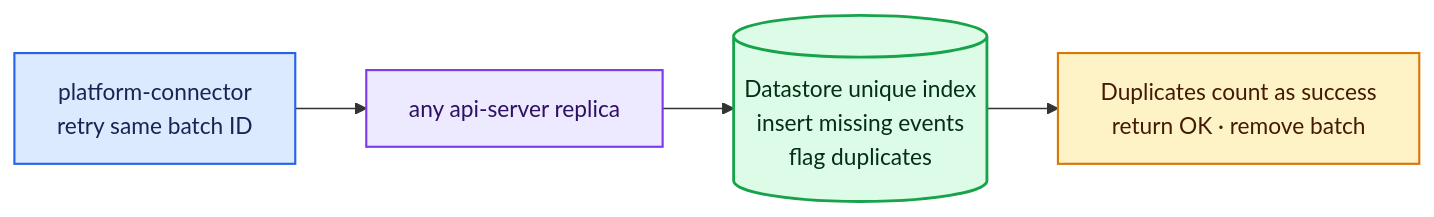
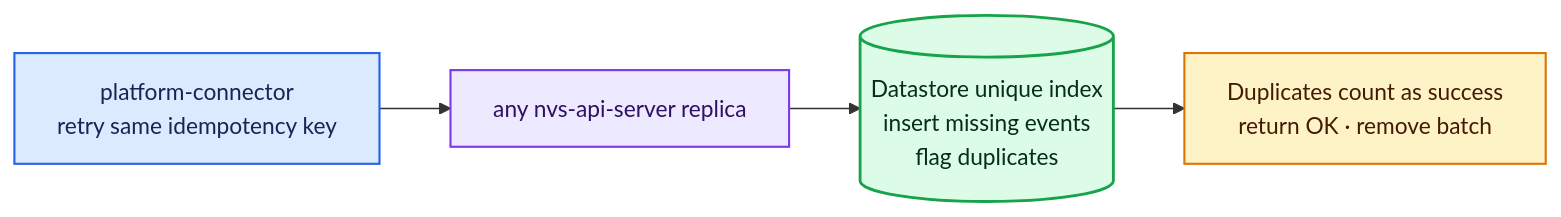
The fifth of 6 diagrams in docs/designs/050-datastore-api-server.md (KaivalyaMDabhadkar/NVSentinel), drawn with Mermaid before and after one commit. The commit also changed other lines of this file, not shown here.

````diff
--- a/docs/designs/050-datastore-api-server.md
+++ b/docs/designs/050-datastore-api-server.md
@@ -265,18 +273,18 @@
 ```mermaid
 flowchart LR
-    PC["platform-connector<br/>retry same batch ID"]
-    API["any api-server replica"]
+    PC["platform-connector<br/>retry same idempotency key"]
+    API["any nvs-api-server replica"]
     DB[("Datastore unique index<br/>insert missing events<br/>flag duplicates")]
     DONE["Duplicates count as success<br/>return OK · remove batch"]
 
     PC --> API --> DB --> DONE
 
     classDef client fill:#DBEAFE,stroke:#2563EB,color:#172554,stroke-width:1.5px
     classDef service fill:#EDE9FE,stroke:#7C3AED,color:#2E1065,stroke-width:1.5px
     classDef database fill:#DCFCE7,stroke:#16A34A,color:#052E16,stroke-width:2px
     classDef success fill:#FEF3C7,stroke:#D97706,color:#451A03,stroke-width:1.5px
     class PC client
     class API service
     class DB database
     class DONE success
 ```
````
